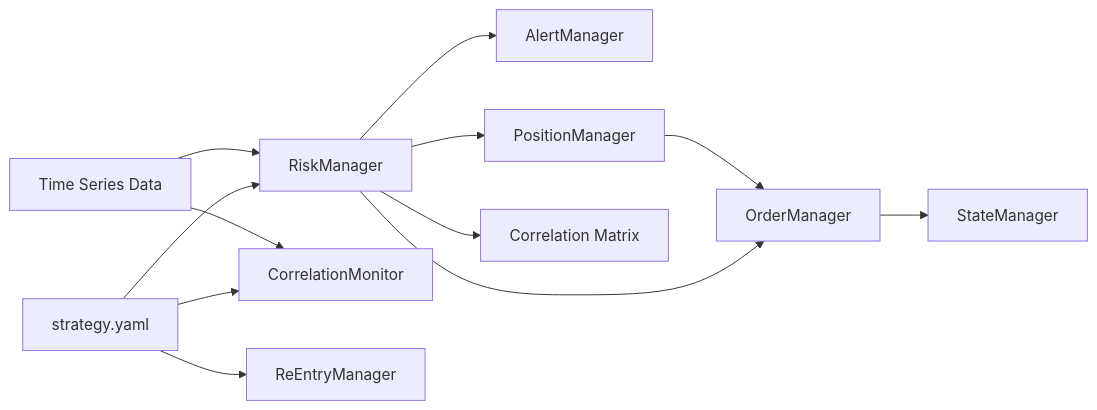
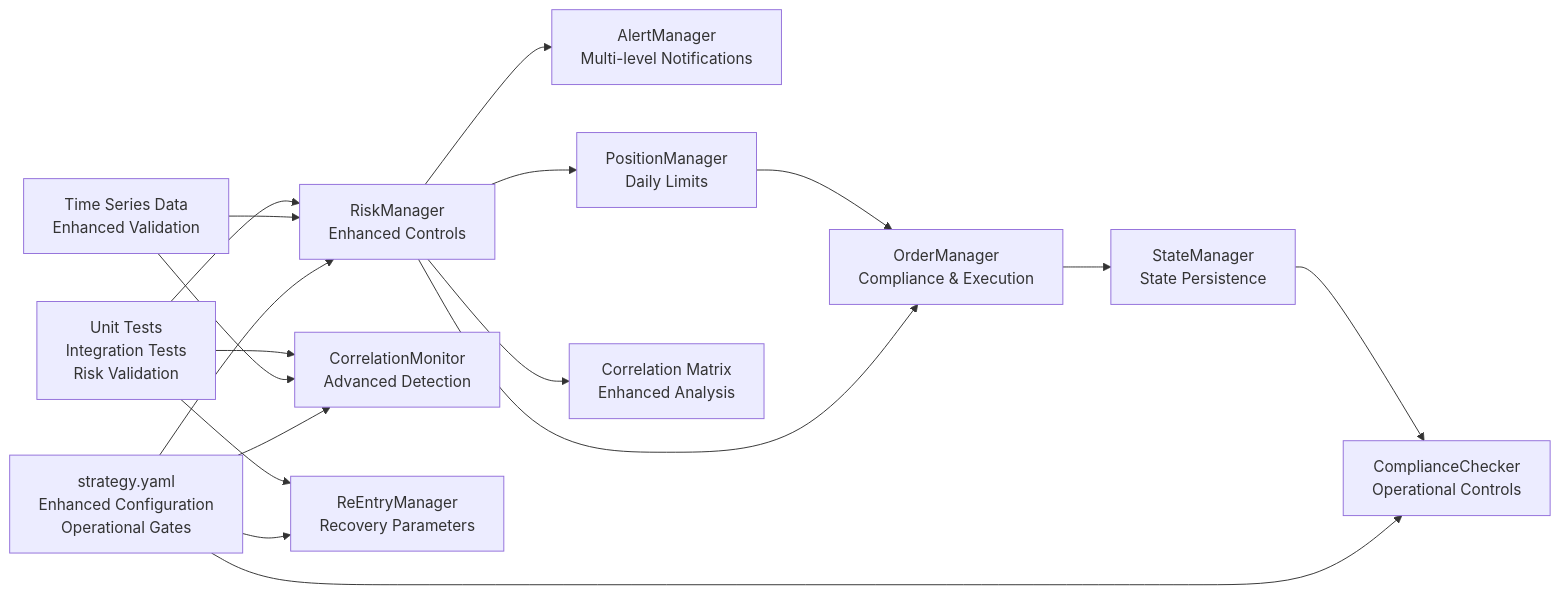
The eighth of 8 diagrams in .qoder/repowiki/en/content/Risk Management System.md (guofeng201507/shark-quant-trader), drawn with Mermaid before and after one commit. The commit also changed other lines of this file and 14 other files, not shown here.

````diff
--- a/.qoder/repowiki/en/content/Risk Management System.md
+++ b/.qoder/repowiki/en/content/Risk Management System.md
@@ -406,14 +483,19 @@
 ```mermaid
 graph LR
-CFG["strategy.yaml"] --> RM["RiskManager"]
-CFG --> CM["CorrelationMonitor"]
-CFG --> REM["ReEntryManager"]
-RM --> AM["AlertManager"]
-RM --> PM["PositionManager"]
-RM --> OM["OrderManager"]
-RM --> CORR["Correlation Matrix"]
+CFG["strategy.yaml<br/>Enhanced Configuration<br/>Operational Gates"] --> RM["RiskManager<br/>Enhanced Controls"]
+CFG --> CM["CorrelationMonitor<br/>Advanced Detection"]
+CFG --> REM["ReEntryManager<br/>Recovery Parameters"]
+CFG --> CC["ComplianceChecker<br/>Operational Controls"]
+RM --> AM["AlertManager<br/>Multi-level Notifications"]
+RM --> PM["PositionManager<br/>Daily Limits"]
+RM --> OM["OrderManager<br/>Compliance & Execution"]
+RM --> CORR["Correlation Matrix<br/>Enhanced Analysis"]
 PM --> OM
-OM --> SM["StateManager"]
-TS["Time Series Data"] --> CM
+OM --> SM["StateManager<br/>State Persistence"]
+SM --> CC
+TS["Time Series Data<br/>Enhanced Validation"] --> CM
 TS --> RM
+TEST["Unit Tests<br/>Integration Tests<br/>Risk Validation"] --> RM
+TEST --> CM
+TEST --> REM
 ```
````
